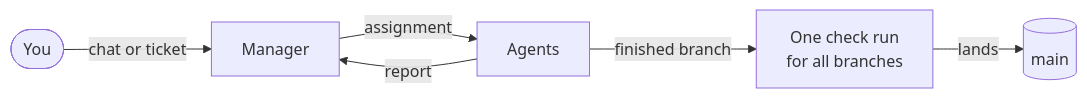
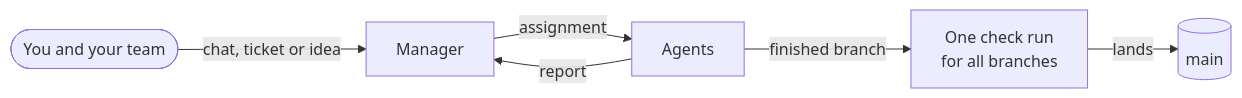
The diagram in README.md (bstef/plainboard), drawn with Mermaid before and after one commit. The commit also changed other lines of this file and 39 other files, not shown here.

````diff
--- a/README.md
+++ b/README.md
@@ -32,8 +33,8 @@
 ```mermaid
 flowchart LR
-    you([You]) -- chat or ticket --> manager[Manager]
+    you([You and your team]) -- chat, ticket or idea --> manager[Manager]
     manager -- assignment --> agents[Agents]
     agents -- report --> manager
     agents -- finished branch --> train[One check run<br>for all branches]
     train -- lands --> main[(main)]
 ```
````
